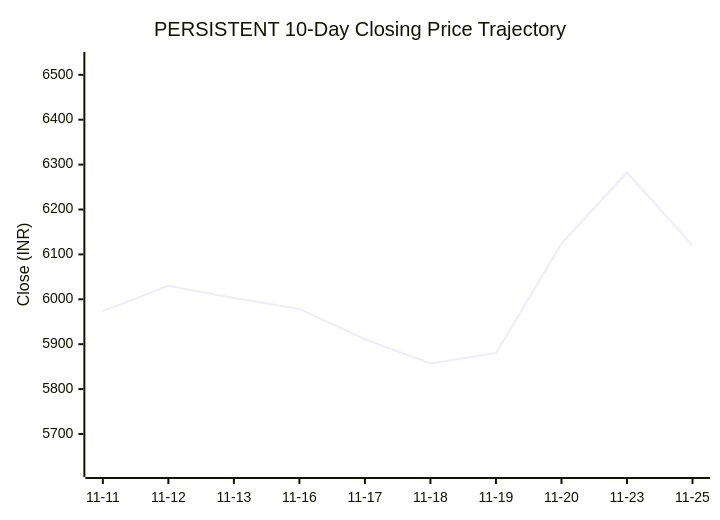
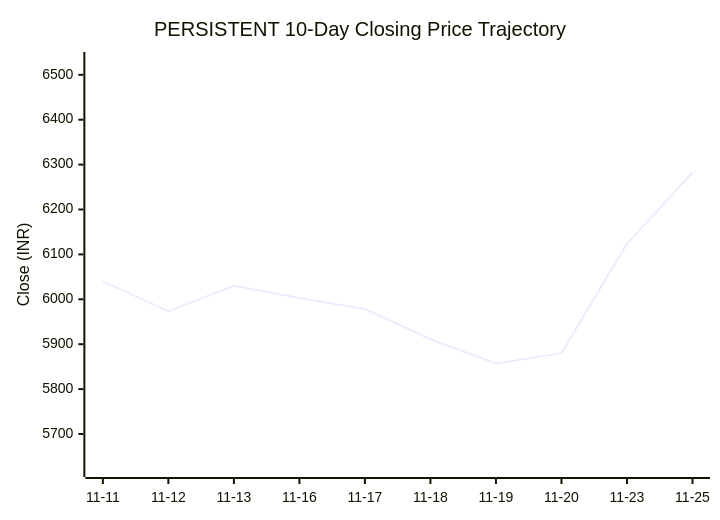
One commit to purnareddy9/dev changed the second of 3 diagrams in market-intelligence/stocks/PERSISTENT/latest.md. Above: the diagram before and after it, drawn with Mermaid. The commit also changed other lines of this file and 3 other files, not shown here.

````diff
--- a/market-intelligence/stocks/PERSISTENT/latest.md
+++ b/market-intelligence/stocks/PERSISTENT/latest.md
@@ -95,7 +95,7 @@
 ```mermaid
 xychart-beta
     title "PERSISTENT 10-Day Closing Price Trajectory"
     x-axis ["11-11", "11-12", "11-13", "11-16", "11-17", "11-18", "11-19", "11-20", "11-23", "11-25"]
     y-axis "Close (INR)" 5622 --> 6533
-    line [5973.5, 6030.0, 6003.0, 5978.5, 5911.0, 5857.0, 5880.0, 6124.0, 6282.5, 6120.0]
+    line [6040.0, 5973.5, 6030.0, 6003.0, 5978.5, 5911.0, 5857.0, 5880.0, 6124.0, 6282.5]
 ```
````
